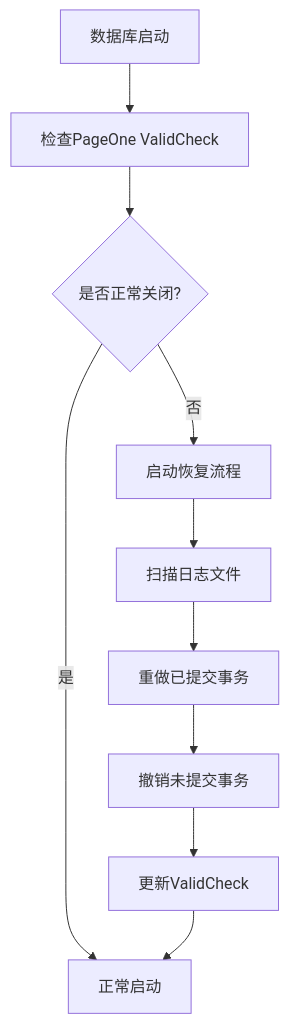
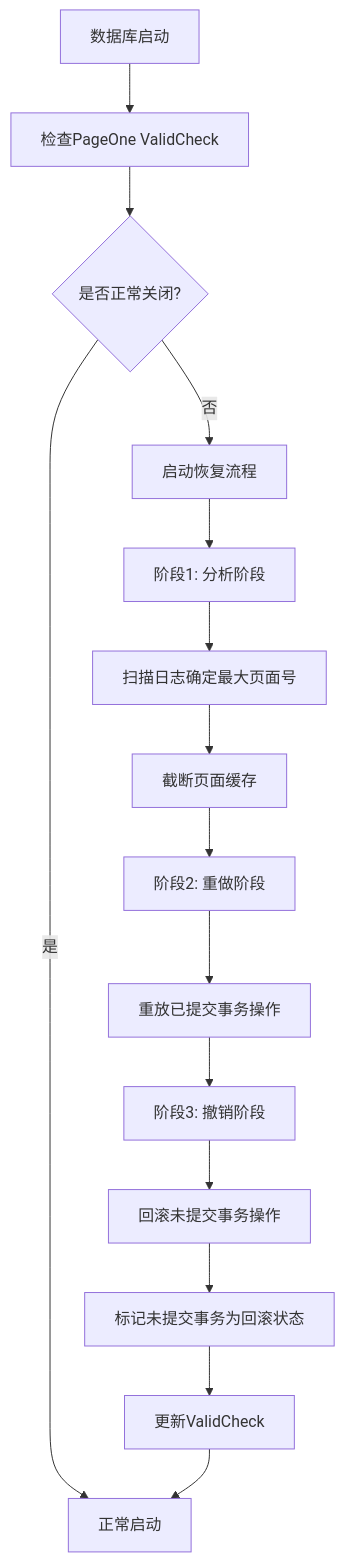
One commit to Hanekawa-00/MYDB-learn changed the fifth of 5 diagrams in 阶段2-数据管理模块详解.md. Above: the diagram before and after it, drawn with Mermaid. The commit also changed other lines of this file, not shown here.

````diff
--- a/阶段2-数据管理模块详解.md
+++ b/阶段2-数据管理模块详解.md
@@ -454,12 +615,17 @@
 ```mermaid
 flowchart TD
     A[数据库启动] --> B[检查PageOne ValidCheck]
     B --> C{是否正常关闭?}
     C -->|是| D[正常启动]
     C -->|否| E[启动恢复流程]
-    E --> F[扫描日志文件]
-    F --> G[重做已提交事务]
-    G --> H[撤销未提交事务]
-    H --> I[更新ValidCheck]
-    I --> D
+    E --> F[阶段1: 分析阶段]
+    F --> G[扫描日志确定最大页面号]
+    G --> H[截断页面缓存]
+    H --> I[阶段2: 重做阶段]
+    I --> J[重放已提交事务操作]
+    J --> K[阶段3: 撤销阶段]
+    K --> L[回滚未提交事务操作]
+    L --> M[标记未提交事务为回滚状态]
+    M --> N[更新ValidCheck]
+    N --> D
 ```
````
